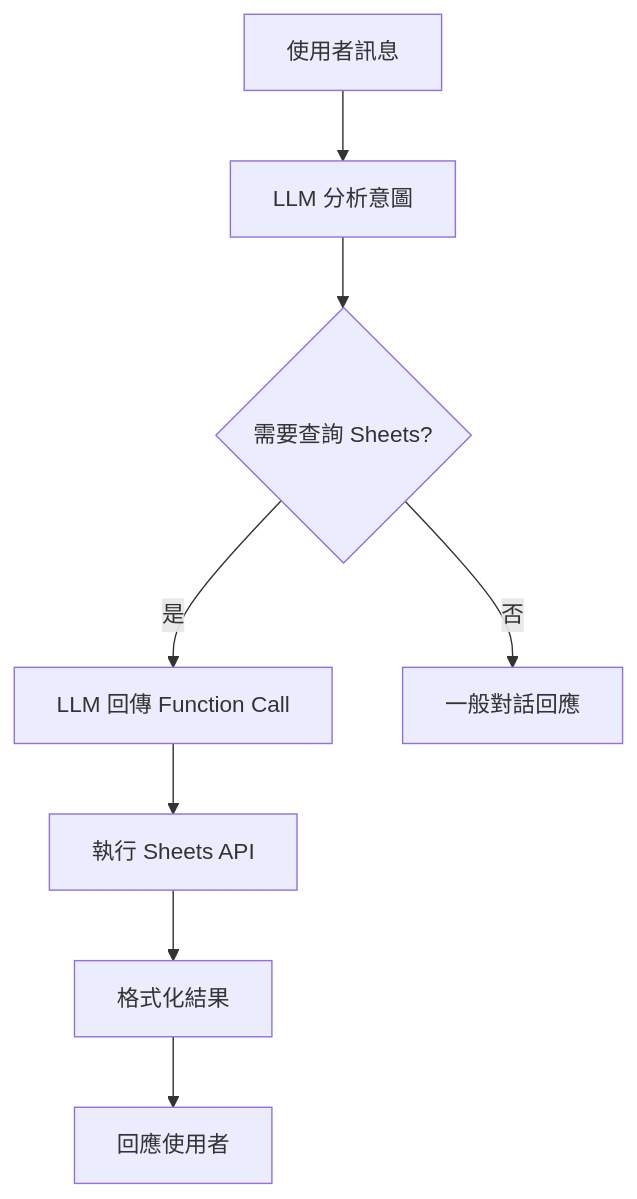
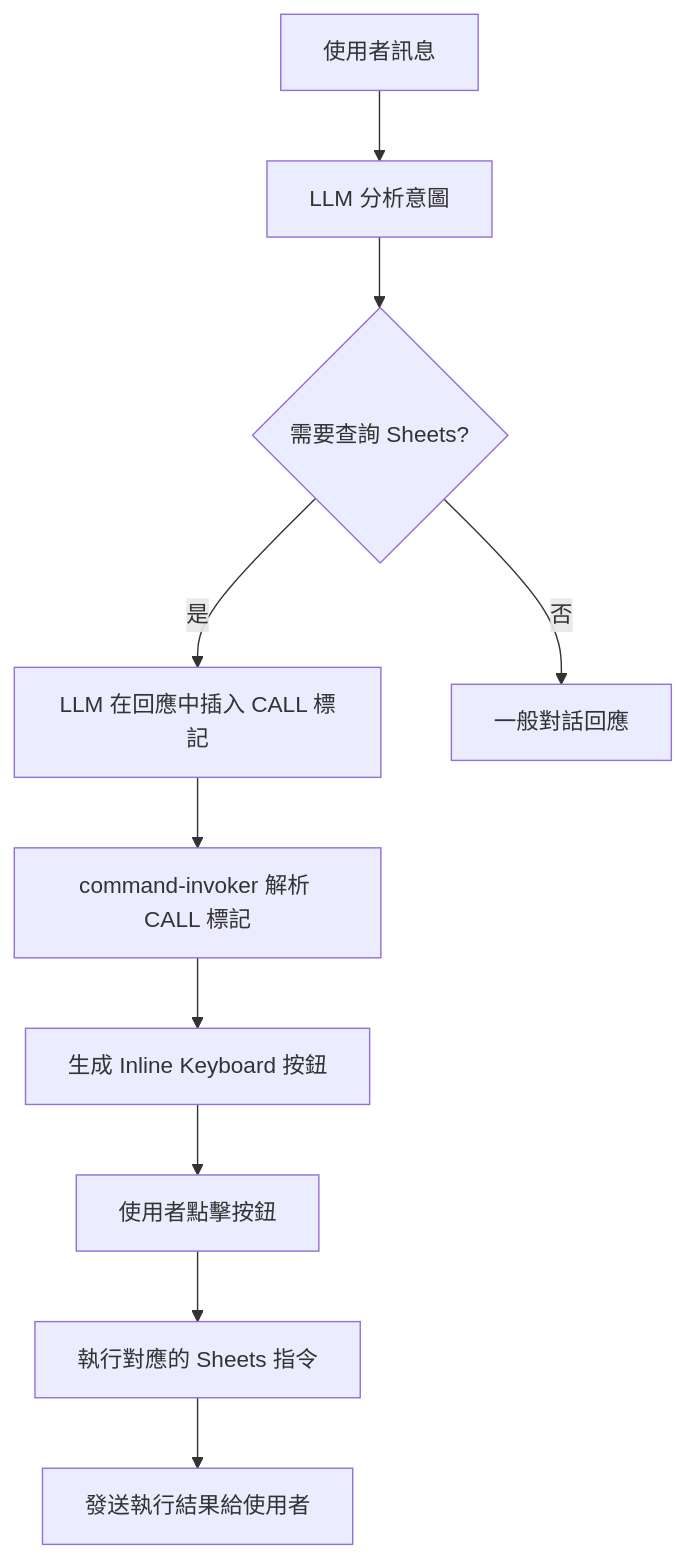
One commit to tbdavid2019/Telegram-bot-cfWorkers changed the second of 2 diagrams in GOOGLE_SHEETS_INTEGRATION_PLAN.md. Above: the diagram before and after it, drawn with Mermaid. The commit also changed other lines of this file and 10 other files, not shown here.

````diff
--- a/GOOGLE_SHEETS_INTEGRATION_PLAN.md
+++ b/GOOGLE_SHEETS_INTEGRATION_PLAN.md
@@ -323,10 +701,12 @@
 ```mermaid
 graph TD
     A[使用者訊息] --> B[LLM 分析意圖]
     B --> C{需要查詢 Sheets?}
-    C -->|是| D[LLM 回傳 Function Call]
+    C -->|是| D[LLM 在回應中插入 CALL 標記]
     C -->|否| E[一般對話回應]
-    D --> F[執行 Sheets API]
-    F --> G[格式化結果]
-    G --> H[回應使用者]
+    D --> F[command-invoker 解析 CALL 標記]
+    F --> G[生成 Inline Keyboard 按鈕]
+    G --> H[使用者點擊按鈕]
+    H --> I[執行對應的 Sheets 指令]
+    I --> J[發送執行結果給使用者]
 ```
````
